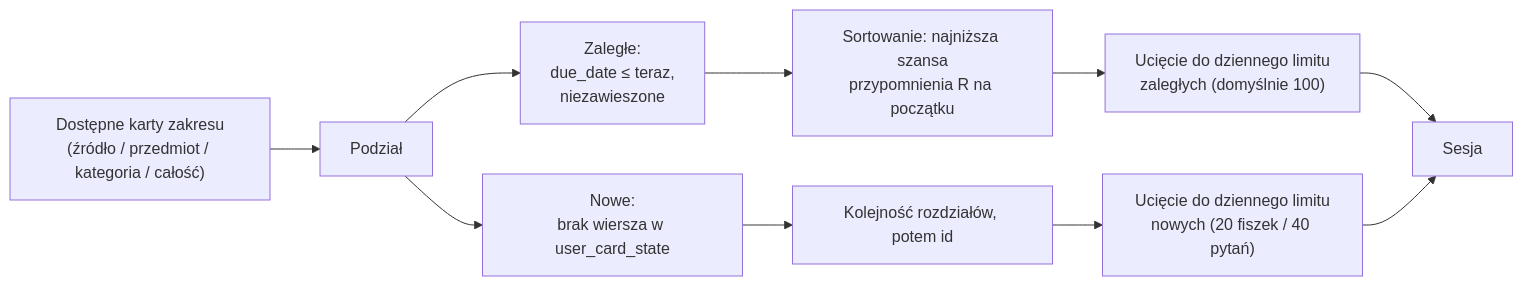
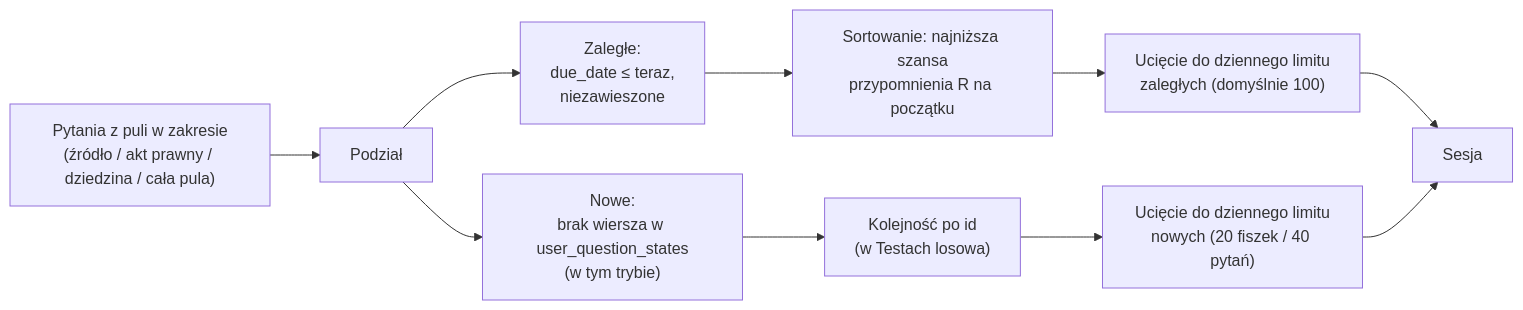
One commit to YellowHand/tutlaw-backend changed the third of 3 diagrams in docs/04-nauka-testy-fiszki-fsrs.md. Above: the diagram before and after it, drawn with Mermaid. The commit also changed other lines of this file and 294 other files, not shown here.

````diff
--- a/docs/04-nauka-testy-fiszki-fsrs.md
+++ b/docs/04-nauka-testy-fiszki-fsrs.md
@@ -255,12 +271,12 @@
 ```mermaid
 flowchart LR
-    A["Dostępne karty zakresu<br/>(źródło / przedmiot / kategoria / całość)"] --> B["Podział"]
+    A["Pytania z puli w zakresie<br/>(źródło / akt prawny / dziedzina / cała pula)"] --> B["Podział"]
     B --> C["Zaległe:<br/>due_date ≤ teraz,<br/>niezawieszone"]
-    B --> D["Nowe:<br/>brak wiersza w user_card_state"]
+    B --> D["Nowe:<br/>brak wiersza w user_question_states<br/>(w tym trybie)"]
     C --> E["Sortowanie: najniższa szansa<br/>przypomnienia R na początku"]
     E --> F["Ucięcie do dziennego limitu<br/>zaległych (domyślnie 100)"]
-    D --> G["Kolejność rozdziałów, potem id"]
+    D --> G["Kolejność po id<br/>(w Testach losowa)"]
     G --> H["Ucięcie do dziennego limitu<br/>nowych (20 fiszek / 40 pytań)"]
     F --> Q["Sesja"]
     H --> Q
 ```
````
